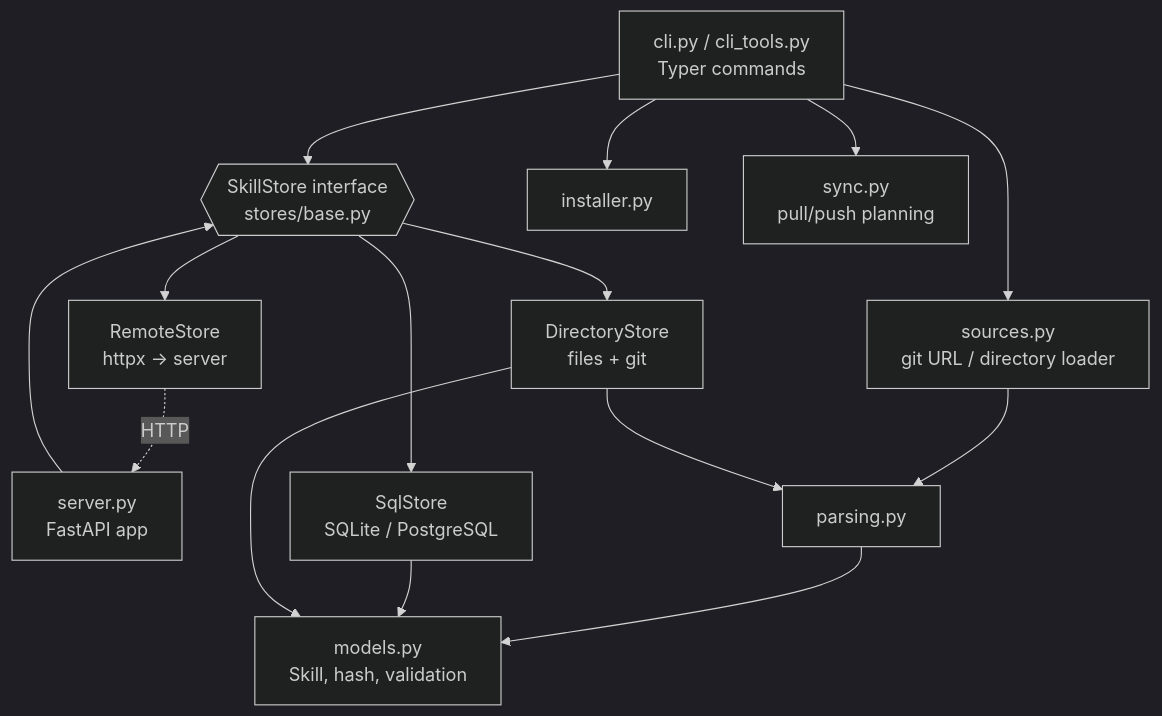
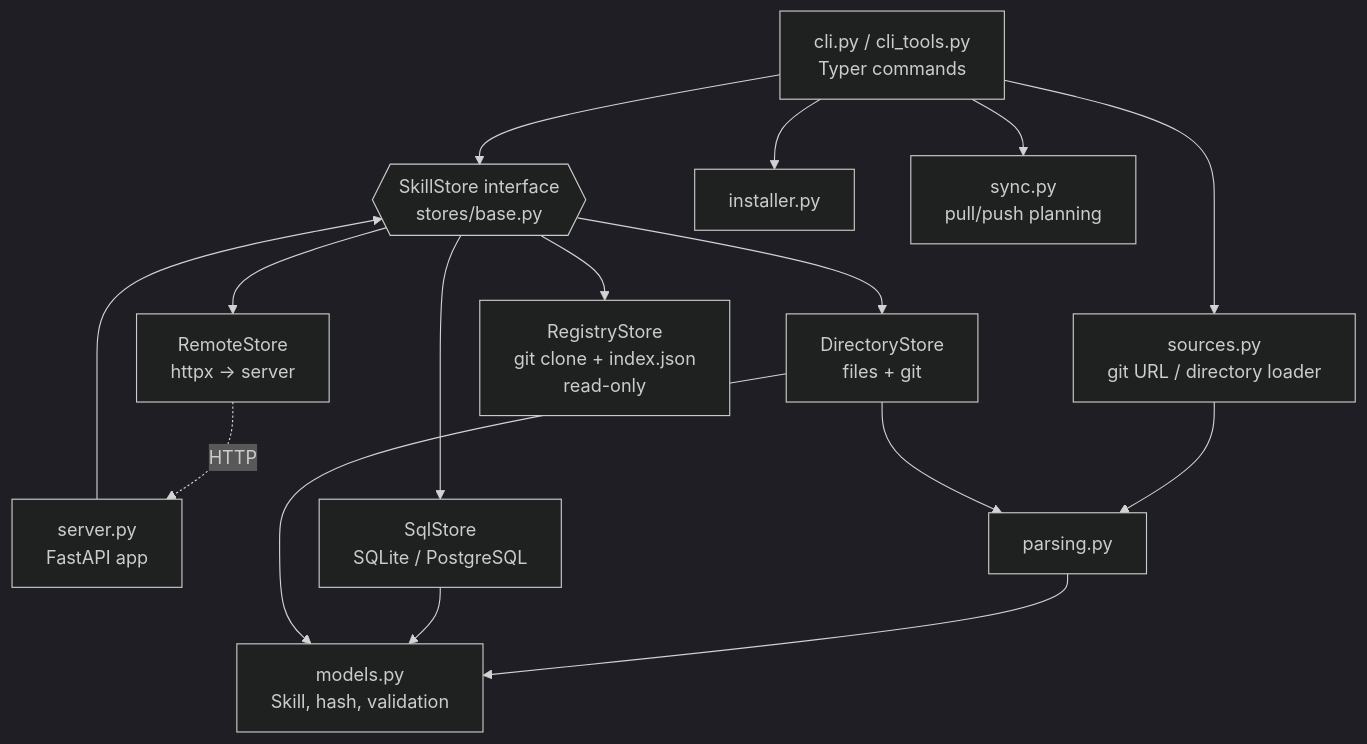
Before and after one commit to MichaelWeissDEV/OWL: the diagram in docs/development/architecture.md, drawn with Mermaid (dark theme). The commit also changed other lines of this file and 40 other files, not shown here.

````diff
--- a/docs/development/architecture.md
+++ b/docs/development/architecture.md
@@ -5,18 +5,19 @@
 ```{mermaid}
 flowchart TD
     CLI[cli.py / cli_tools.py<br/>Typer commands] --> ST
     SRV[server.py<br/>FastAPI app] --> ST
     CLI --> INS[installer.py]
     CLI --> SRC[sources.py<br/>git URL / directory loader]
     CLI --> SYN[sync.py<br/>pull/push planning]
     SRC --> PAR[parsing.py]
     ST{{SkillStore interface<br/>stores/base.py}}
     ST --> SQL[SqlStore<br/>SQLite / PostgreSQL]
     ST --> DIR[DirectoryStore<br/>files + git]
     ST --> REM[RemoteStore<br/>httpx -> server]
+    ST --> REG[RegistryStore<br/>git clone + index.json<br/>read-only]
     REM -. HTTP .-> SRV
     PAR --> MOD[models.py<br/>Skill, hash, validation]
     SQL --> MOD
     DIR --> MOD
     DIR --> PAR
 ```
````
